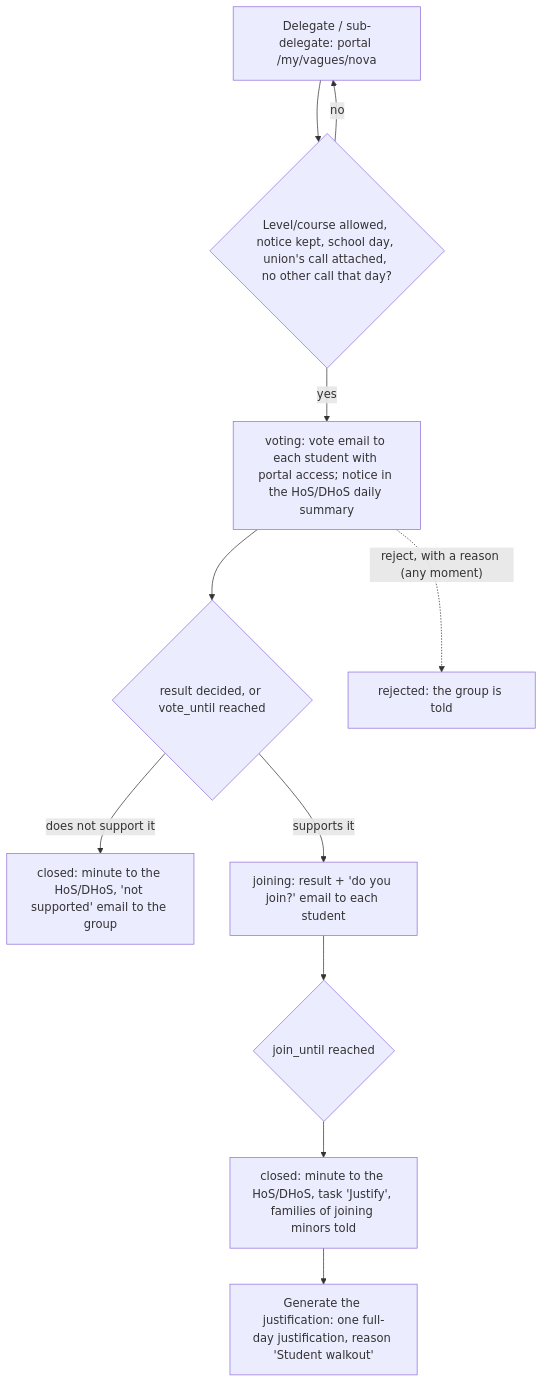
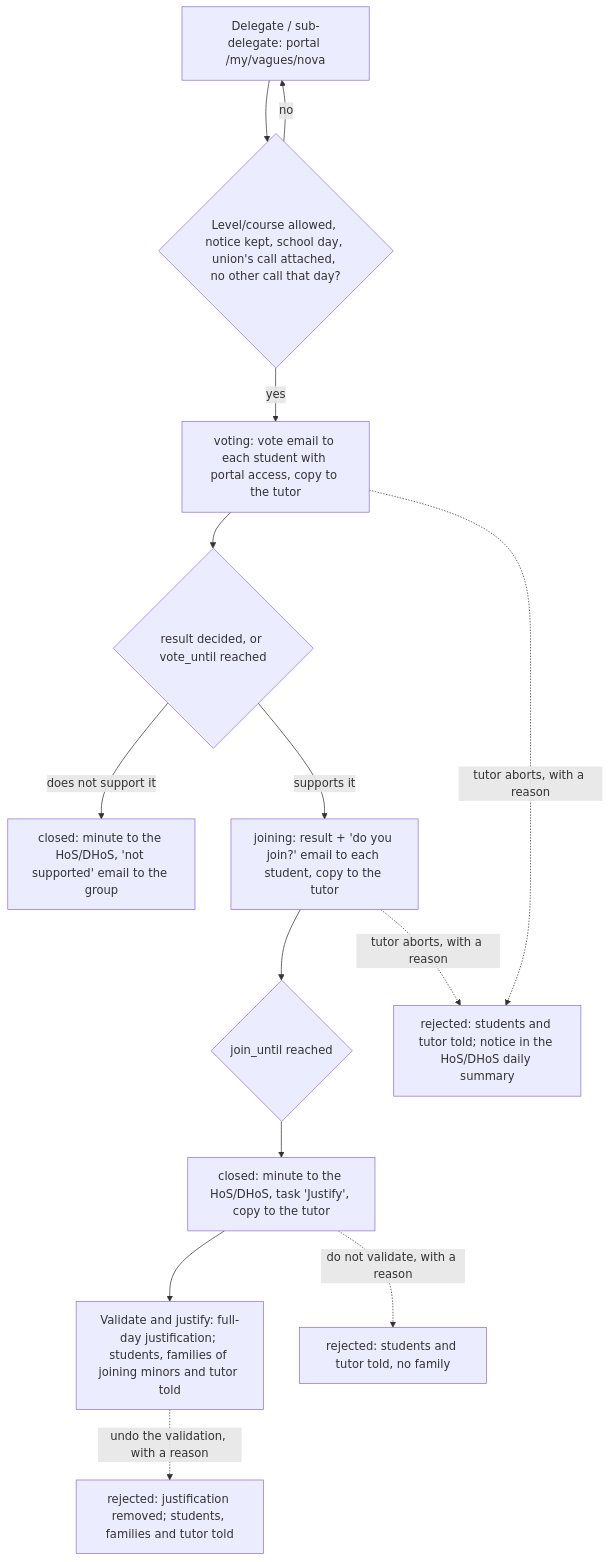
Before and after one commit to ElPuig/EMS: the second of 2 diagrams in docs/en/developers/attendance/student_walkout.md, drawn with Mermaid. The commit also changed other lines of this file and 16 other files, not shown here.

````diff
--- a/docs/en/developers/attendance/student_walkout.md
+++ b/docs/en/developers/attendance/student_walkout.md
@@ -159,13 +167,16 @@
 ```mermaid
 flowchart TD
     A[Delegate / sub-delegate: portal /my/vagues/nova] --> B{"Level/course allowed, notice kept, school day, union's call attached, no other call that day?"}
     B -- no --> A
-    B -- yes --> V["voting: vote email to each student with portal access; notice in the HoS/DHoS daily summary"]
+    B -- yes --> V["voting: vote email to each student with portal access, copy to the tutor"]
     V --> E{"result decided, or vote_until reached"}
     E -- "does not support it" --> N["closed: minute to the HoS/DHoS, 'not supported' email to the group"]
-    E -- supports it --> J["joining: result + 'do you join?' email to each student"]
+    E -- supports it --> J["joining: result + 'do you join?' email to each student, copy to the tutor"]
     J --> K{"join_until reached"}
-    K --> F["closed: minute to the HoS/DHoS, task 'Justify', families of joining minors told"]
-    F --> I["Generate the justification: one full-day justification, reason 'Student walkout'"]
-    V -. "reject, with a reason (any moment)" .-> X["rejected: the group is told"]
+    K --> F["closed: minute to the HoS/DHoS, task 'Justify', copy to the tutor"]
+    F --> I["Validate and justify: full-day justification; students, families of joining minors and tutor told"]
+    F -. "do not validate, with a reason" .-> Y["rejected: students and tutor told, no family"]
+    I -. "undo the validation, with a reason" .-> Z["rejected: justification removed; students, families and tutor told"]
+    V -. "tutor aborts, with a reason" .-> X["rejected: students and tutor told; notice in the HoS/DHoS daily summary"]
+    J -. "tutor aborts, with a reason" .-> X
 ```
````
